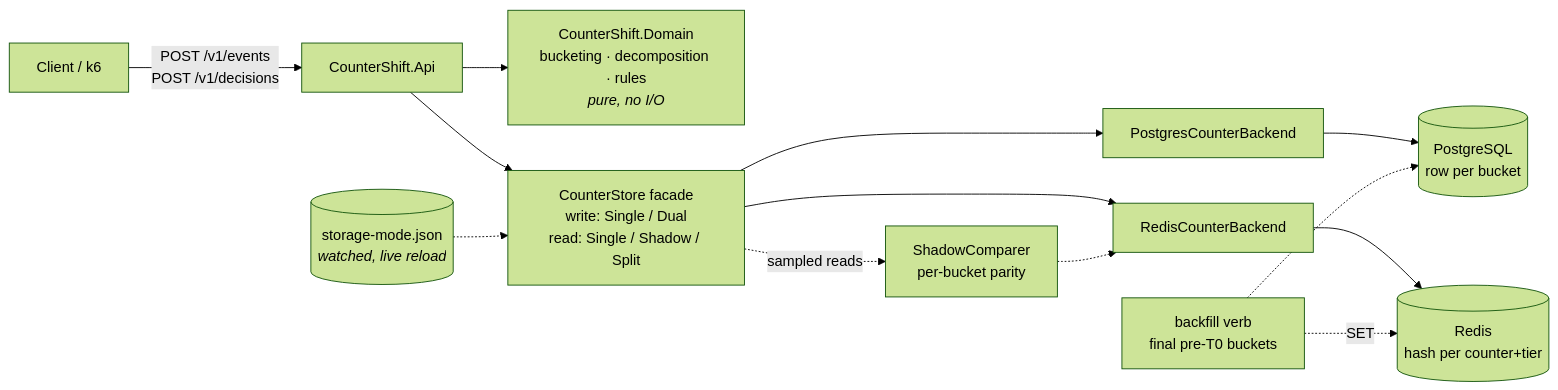
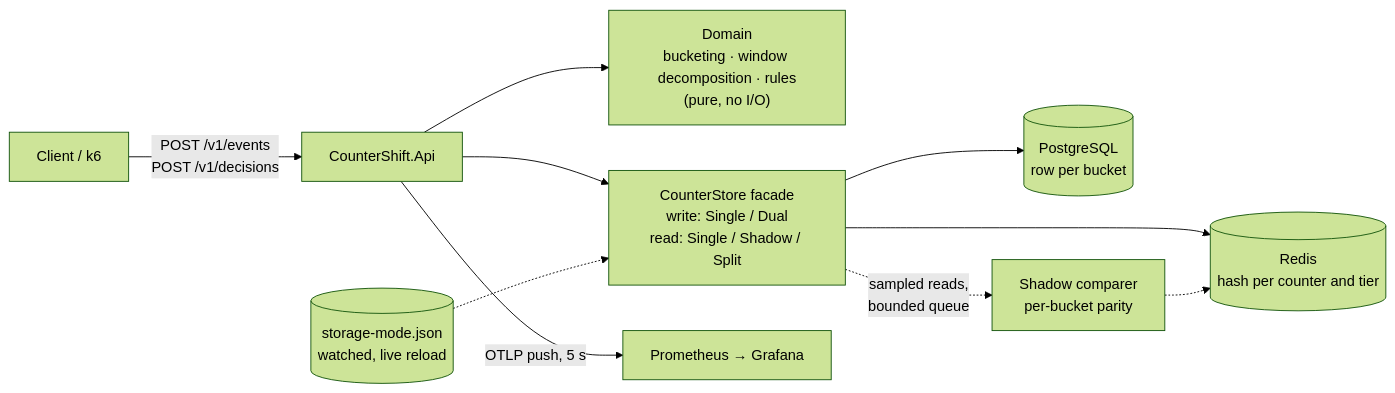
One commit to Kar6677thik/CounterShift changed the diagram in README.md. Above: the diagram before and after it, drawn with Mermaid (forest theme). The commit also changed other lines of this file and 27 other files, not shown here.

````diff
--- a/README.md
+++ b/README.md
@@ -11,12 +15,12 @@
 ```mermaid
 flowchart LR
-    client[Client / k6] -->|POST /v1/events<br/>POST /v1/decisions| api[CounterShift.Api]
-    api --> domain[CounterShift.Domain<br/>bucketing · decomposition · rules<br/><i>pure, no I/O</i>]
-    api --> store[CounterStore facade<br/>write: Single / Dual<br/>read: Single / Shadow / Split]
-    mode[(storage-mode.json<br/><i>watched, live reload</i>)] -.-> store
-    store --> pg[PostgresCounterBackend] --> pgdb[(PostgreSQL<br/>row per bucket)]
-    store --> rd[RedisCounterBackend] --> rdb[(Redis<br/>hash per counter+tier)]
-    store -.sampled reads.-> shadow[ShadowComparer<br/>per-bucket parity] -.-> rd
-    backfill[backfill verb<br/>final pre-T0 buckets] -.-> pgdb
-    backfill -.SET.-> rdb
+    C["Client / k6"] -->|"POST /v1/events<br/>POST /v1/decisions"| API["CounterShift.Api"]
+    API --> D["Domain<br/>bucketing · window decomposition · rules<br/>(pure, no I/O)"]
+    API --> S["CounterStore facade<br/>write: Single / Dual<br/>read: Single / Shadow / Split"]
+    M[("storage-mode.json<br/>watched, live reload")] -.-> S
+    S --> PG[("PostgreSQL<br/>row per bucket")]
+    S --> R[("Redis<br/>hash per counter and tier")]
+    S -.->|"sampled reads,<br/>bounded queue"| SH["Shadow comparer<br/>per-bucket parity"]
+    SH -.-> R
+    API -->|"OTLP push, 5 s"| P["Prometheus → Grafana"]
 ```
````
